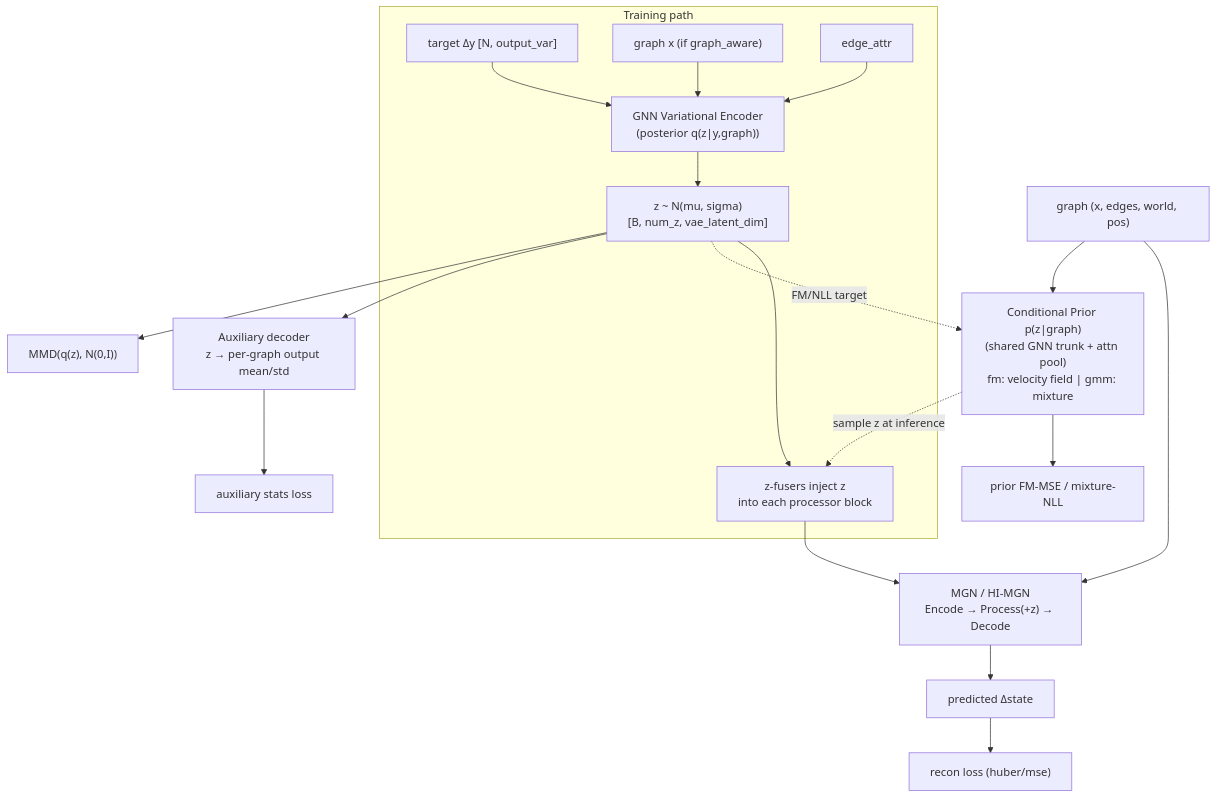
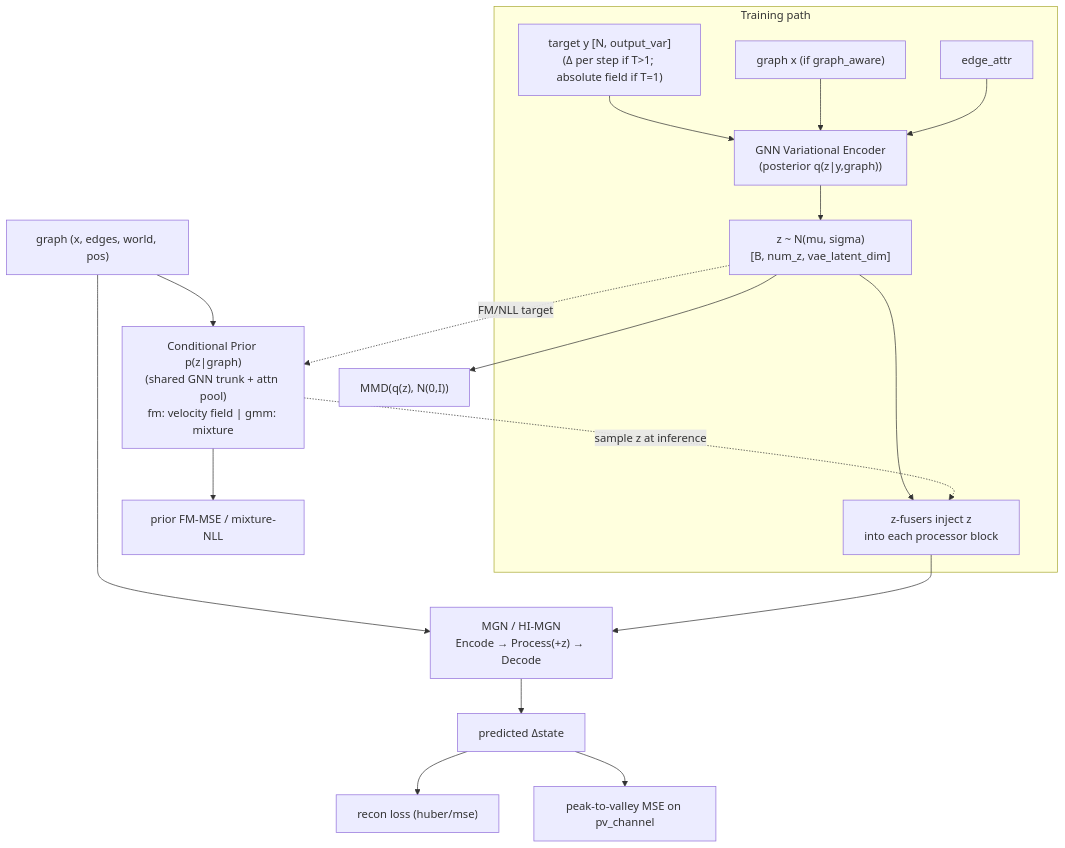
One commit to leesihun/AI-CAE4ALL changed the diagram in docs/methods/04_MeshGraphNets_Variational.md. Above: the diagram before and after it, drawn with Mermaid. The commit also changed other lines of this file and 359 other files, not shown here.

````diff
--- a/docs/methods/04_MeshGraphNets_Variational.md
+++ b/docs/methods/04_MeshGraphNets_Variational.md
@@ -79,25 +82,23 @@
 ```mermaid
 flowchart TD
     subgraph TRAIN["Training path"]
-        Y["target Δy [N, output_var]"] --> POST["GNN Variational Encoder\n(posterior q(z|y,graph))"]
+        Y["target y [N, output_var]\n(Δ per step if T>1; absolute field if T=1)"] --> POST["GNN Variational Encoder\n(posterior q(z|y,graph))"]
         XIN["graph x (if graph_aware)"] --> POST
         EA["edge_attr"] --> POST
         POST --> Z["z ~ N(mu, sigma)\n[B, num_z, vae_latent_dim]"]
         Z --> FUSE["z-fusers inject z\ninto each processor block"]
     end
 
     G["graph (x, edges, world, pos)"] --> SIM["MGN / HI-MGN\nEncode → Process(+z) → Decode"]
     FUSE --> SIM
     SIM --> PRED["predicted Δstate"]
 
     G --> PRIOR["Conditional Prior p(z|graph)\n(shared GNN trunk + attn pool)\nfm: velocity field | gmm: mixture"]
     Z -. FM/NLL target .-> PRIOR
     PRIOR -. sample z at inference .-> FUSE
 
-    Z --> AUX["Auxiliary decoder\nz → per-graph output mean/std"]
-
     PRED --> L1["recon loss (huber/mse)"]
     Z --> L2["MMD(q(z), N(0,I))"]
-    AUX --> L3["auxiliary stats loss"]
+    PRED --> L3["peak-to-valley MSE on pv_channel"]
     PRIOR --> L4["prior FM-MSE / mixture-NLL"]
 ```
````
